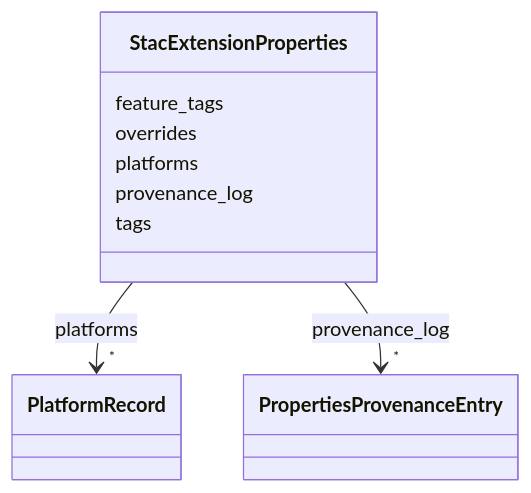
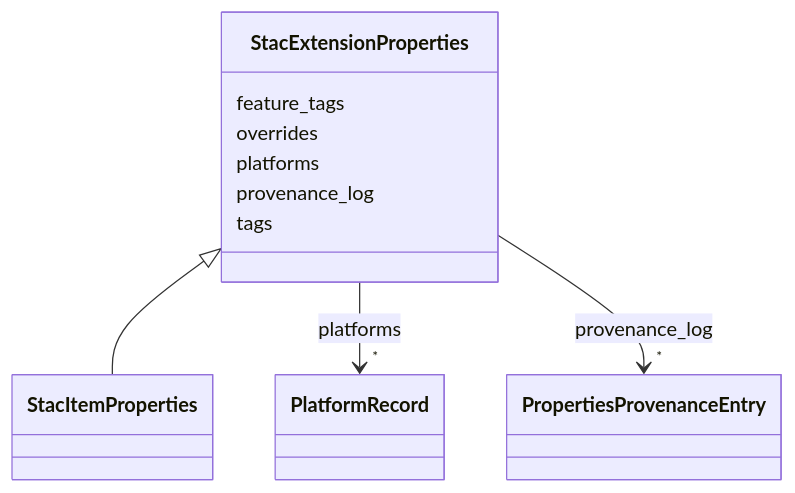
One commit to debrief/debrief-future changed the diagram in pr-preview/pr-641/schema-docs-md/classes/StacExtensionProperties.md. Above: the diagram before and after it, drawn with Mermaid. The commit also changed 164 other files, not shown here.

````diff
--- a/pr-preview/pr-641/schema-docs-md/classes/StacExtensionProperties.md
+++ b/pr-preview/pr-641/schema-docs-md/classes/StacExtensionProperties.md
@@ -21,34 +21,37 @@
 ```mermaid
  classDiagram
     class StacExtensionProperties
     click StacExtensionProperties href "../../classes/StacExtensionProperties/"
+      StacExtensionProperties <|-- StacItemProperties
+        click StacItemProperties href "../../classes/StacItemProperties/"
+      
       StacExtensionProperties : feature_tags
         
       StacExtensionProperties : overrides
         
       StacExtensionProperties : platforms
         
           
     
         
         
         StacExtensionProperties --> "*" PlatformRecord : platforms
         click PlatformRecord href "../../classes/PlatformRecord/"
     
 
         
       StacExtensionProperties : provenance_log
         
           
     
         
         
         StacExtensionProperties --> "*" PropertiesProvenanceEntry : provenance_log
         click PropertiesProvenanceEntry href "../../classes/PropertiesProvenanceEntry/"
     
 
         
       StacExtensionProperties : tags
         
       
 ```
````
